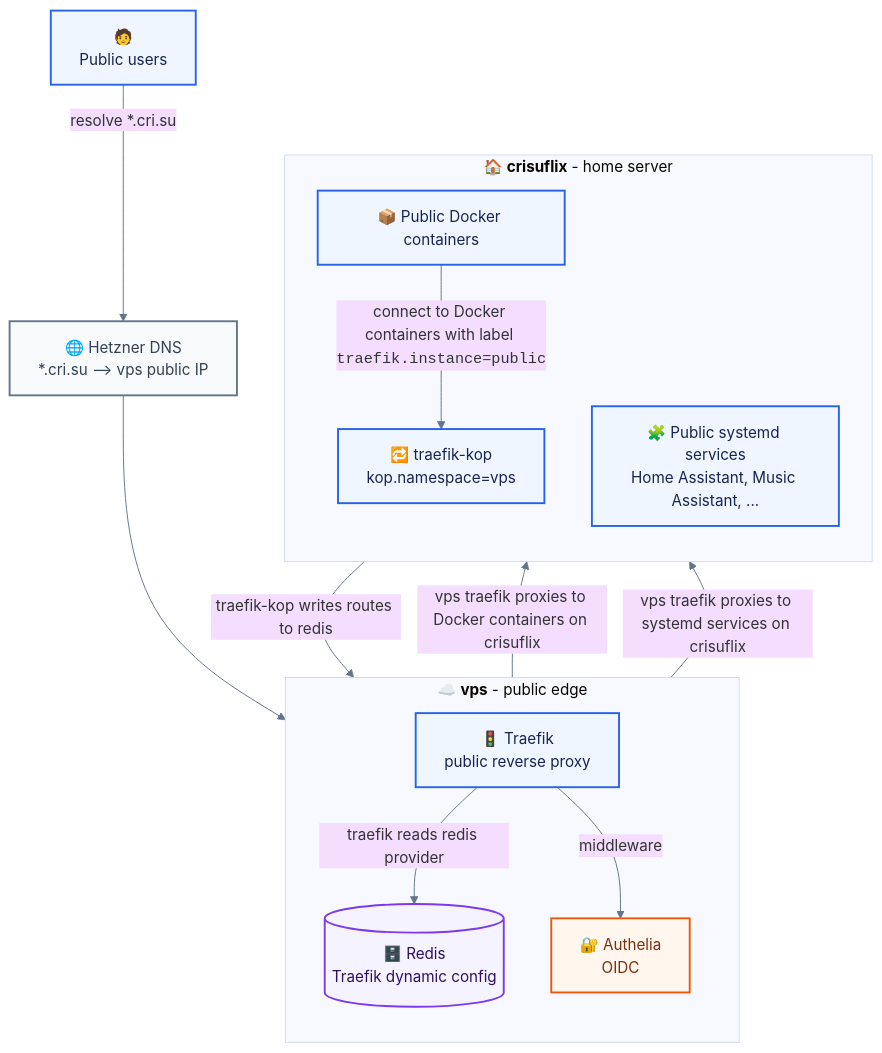
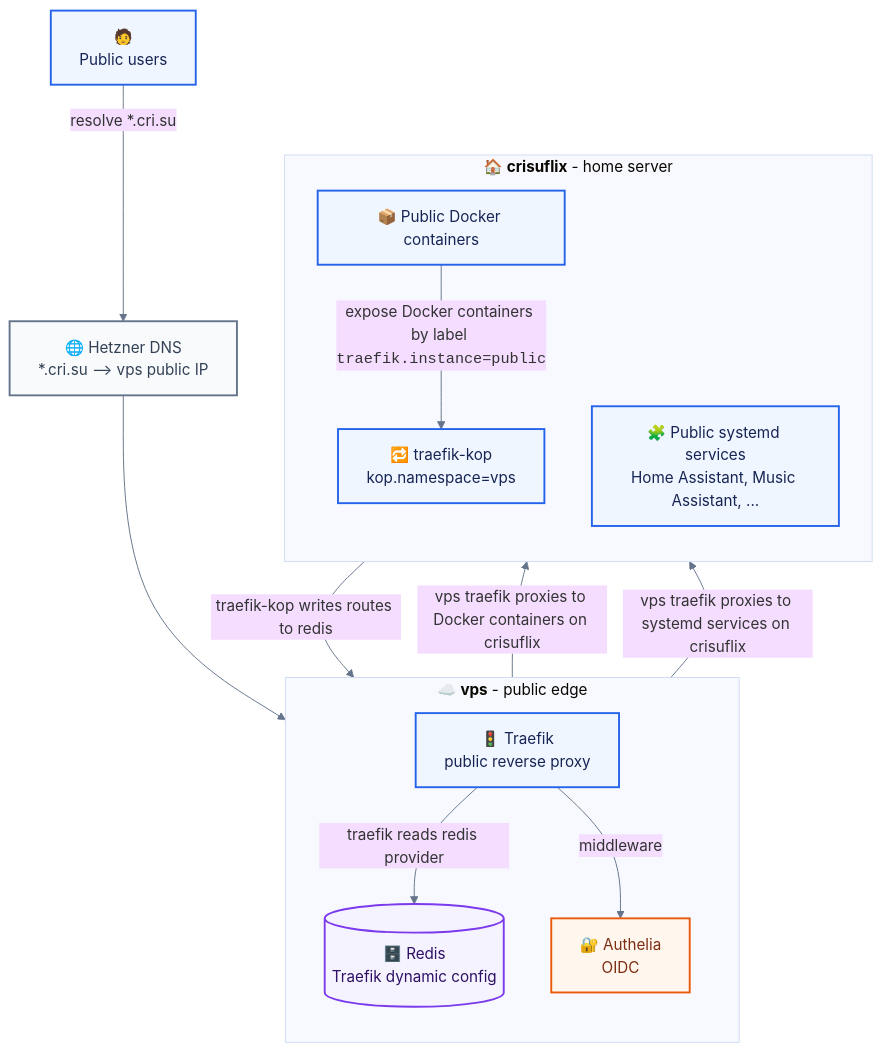
Before and after one commit to llego/nixconfig: the first of 2 diagrams in README.md, drawn with Mermaid. The commit also changed other lines of this file, not shown here.

Commit message:
mermaid tweak

````diff
--- a/README.md
+++ b/README.md
@@ -20,38 +20,38 @@
 ```mermaid
 %%{init: {"theme": "base", "themeVariables": {"fontFamily": "ui-sans-serif, system-ui, sans-serif", "primaryBorderColor": "#64748b", "lineColor": "#64748b"}}}%%
 flowchart TB
   classDef public fill:#eff6ff,stroke:#2563eb,color:#172554,stroke-width:2px
   classDef dns fill:#f8fafc,stroke:#64748b,color:#334155,stroke-width:2px
   classDef auth fill:#fff7ed,stroke:#ea580c,color:#7c2d12,stroke-width:2px
   classDef data fill:#f5f3ff,stroke:#7c3aed,color:#2e1065,stroke-width:2px
 
   subgraph PublicVPS["☁️ <strong>vps</strong> - public edge"]
     direction TB
     EdgeTraefik["🚦 Traefik <br/> public reverse proxy"]
     Authelia["🔐 Authelia<br/>OIDC"]
     Redis[("🗄️ Redis<br/>Traefik dynamic config")]
   end
 
   subgraph PublicCrisuflix["🏠 <strong>crisuflix</strong> - home server"]
     direction TB
     Kop["🔁 traefik-kop<br/>kop.namespace=vps"]
     PublicContainers["📦 Public Docker containers"]
     PublicLocalServices["🧩 Public systemd services<br/>Home Assistant, Music Assistant, ..."]
   end
 
 
   PublicUsers["🧑<br/>Public users"] -->|resolve *.cri.su| HetznerDNS["🌐 Hetzner DNS<br/>*.cri.su --> vps public IP"] --> EdgeTraefik
-  PublicContainers -->|connect to Docker containers with label <code>traefik.instance=public</code>| Kop
+  PublicContainers -->|expose Docker containers by label <code>traefik.instance=public</code>| Kop
   Kop -->|traefik-kop writes routes to redis| Redis
   EdgeTraefik -->|traefik reads redis provider| Redis
   EdgeTraefik -->|middleware| Authelia
   EdgeTraefik -->|vps traefik proxies to Docker containers on crisuflix| PublicContainers
   EdgeTraefik -->|vps traefik proxies to systemd services on crisuflix| PublicLocalServices
 
   click Kop "https://github.com/jittering/traefik-kop" "Follow link"
 
   class PublicUsers,Internet,EdgeTraefik,PublicContainers,PublicLocalServices,Kop public
   class HetznerDNS dns
   class Authelia auth
   class Redis data
 ```
````
